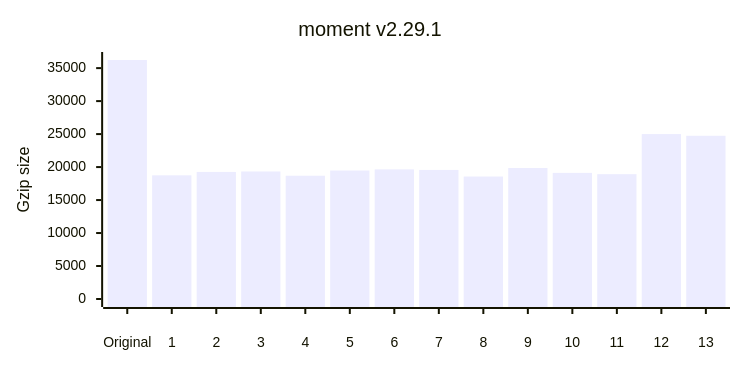
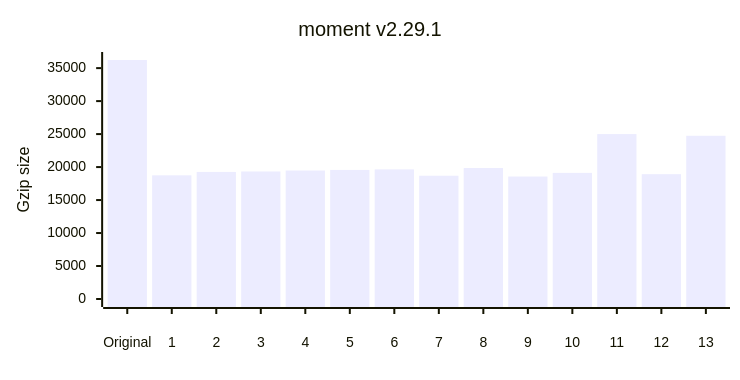
The second of 12 diagrams in README.md (privatenumber/minification-benchmarks), drawn with Mermaid before and after one commit. The commit also changed other lines of this file, not shown here.

````diff
--- a/README.md
+++ b/README.md
@@ -127,17 +127,17 @@
 ```mermaid
 ---
 config:
     xyChart:
         width: 720
         height: 360
         xAxis:
             labelPadding: 20
         yAxis:
             labelPadding: 10
 ---
 xychart-beta
 	title "moment v2.29.1"
 	x-axis ["Original",1,2,3,4,5,6,7,8,9,10,11,12,13]
 	y-axis "Gzip size" 0 --> 36231
-	bar [36231,18747,19260,19333,18689,19478,19651,19569,18568,19857,19119,18923,24998,24744]
+	bar [36231,18747,19260,19333,19478,19569,19651,18689,19857,18568,19119,24998,18923,24744]
 ```
````
